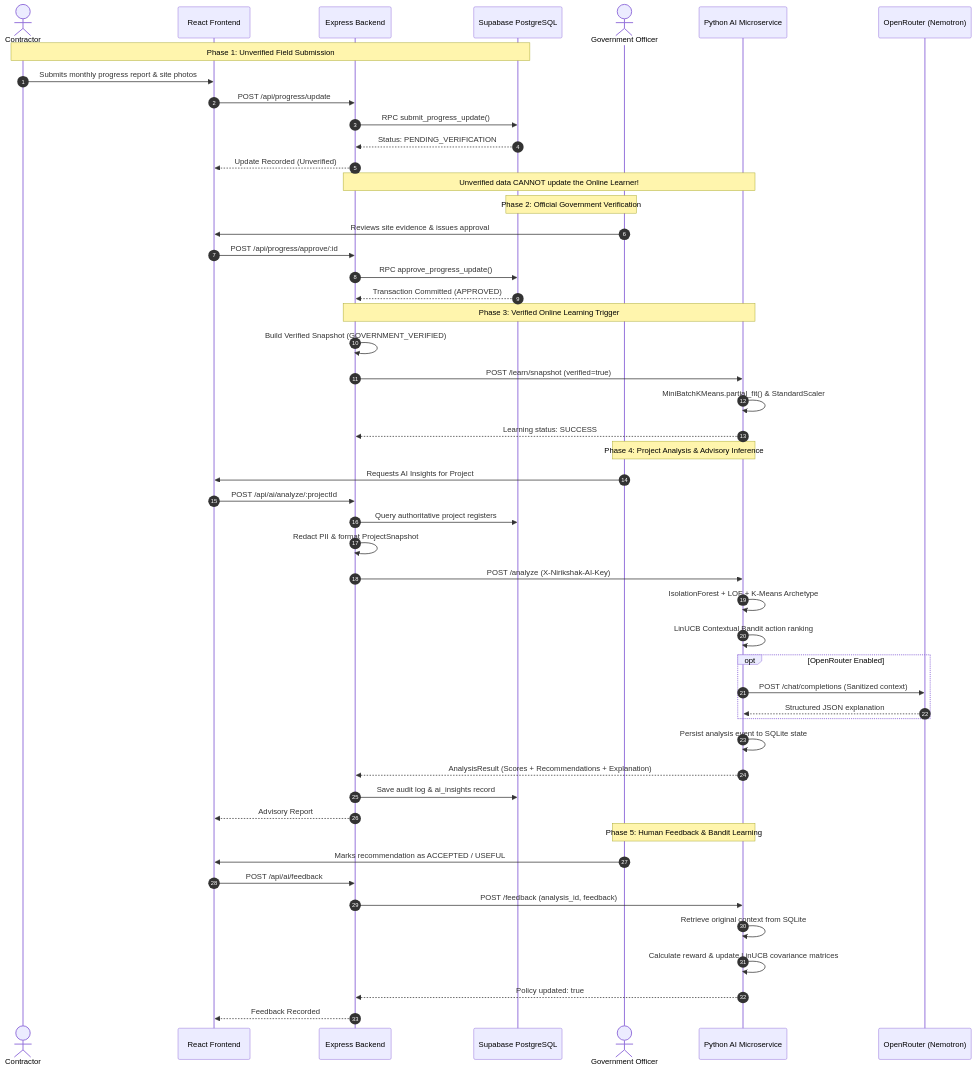
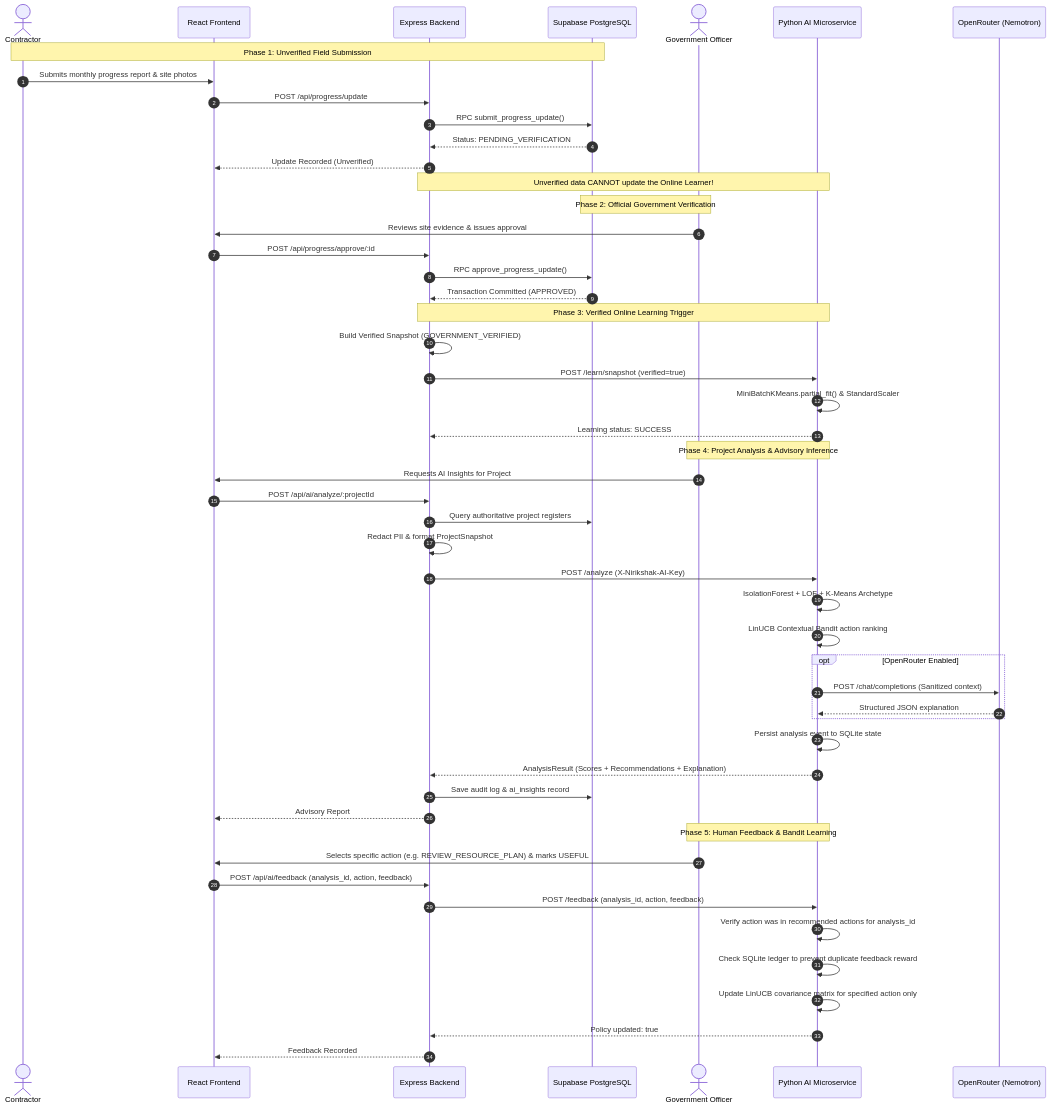
The diagram in docs/AI_DATA_FLOW.md (chinmaystudio/Nirikshak_craaftverse), drawn with Mermaid before and after one commit. The commit also changed 47 other files, not shown here.

````diff
--- a/docs/AI_DATA_FLOW.md
+++ b/docs/AI_DATA_FLOW.md
@@ -12,57 +12,58 @@
 ```mermaid
 sequenceDiagram
     autonumber
     actor C as Contractor
     participant FE as React Frontend
     participant EX as Express Backend
     participant DB as Supabase PostgreSQL
     actor G as Government Officer
     participant AI as Python AI Microservice
     participant OR as OpenRouter (Nemotron)
 
     Note over C,DB: Phase 1: Unverified Field Submission
     C->>FE: Submits monthly progress report & site photos
     FE->>EX: POST /api/progress/update
     EX->>DB: RPC submit_progress_update()
     DB-->>EX: Status: PENDING_VERIFICATION
     EX-->>FE: Update Recorded (Unverified)
     Note over EX,AI: Unverified data CANNOT update the Online Learner!
 
     Note over G,DB: Phase 2: Official Government Verification
     G->>FE: Reviews site evidence & issues approval
     FE->>EX: POST /api/progress/approve/:id
     EX->>DB: RPC approve_progress_update()
     DB-->>EX: Transaction Committed (APPROVED)
 
     Note over EX,AI: Phase 3: Verified Online Learning Trigger
     EX->>EX: Build Verified Snapshot (GOVERNMENT_VERIFIED)
     EX->>AI: POST /learn/snapshot (verified=true)
     AI->>AI: MiniBatchKMeans.partial_fit() & StandardScaler
     AI-->>EX: Learning status: SUCCESS
 
     Note over G,AI: Phase 4: Project Analysis & Advisory Inference
     G->>FE: Requests AI Insights for Project
     FE->>EX: POST /api/ai/analyze/:projectId
     EX->>DB: Query authoritative project registers
     EX->>EX: Redact PII & format ProjectSnapshot
     EX->>AI: POST /analyze (X-Nirikshak-AI-Key)
     AI->>AI: IsolationForest + LOF + K-Means Archetype
     AI->>AI: LinUCB Contextual Bandit action ranking
     opt OpenRouter Enabled
         AI->>OR: POST /chat/completions (Sanitized context)
         OR-->>AI: Structured JSON explanation
     end
     AI->>AI: Persist analysis event to SQLite state
     AI-->>EX: AnalysisResult (Scores + Recommendations + Explanation)
     EX->>DB: Save audit log & ai_insights record
     EX-->>FE: Advisory Report
 
     Note over G,AI: Phase 5: Human Feedback & Bandit Learning
-    G->>FE: Marks recommendation as ACCEPTED / USEFUL
-    FE->>EX: POST /api/ai/feedback
-    EX->>AI: POST /feedback (analysis_id, feedback)
-    AI->>AI: Retrieve original context from SQLite
-    AI->>AI: Calculate reward & update LinUCB covariance matrices
+    G->>FE: Selects specific action (e.g. REVIEW_RESOURCE_PLAN) & marks USEFUL
+    FE->>EX: POST /api/ai/feedback (analysis_id, action, feedback)
+    EX->>AI: POST /feedback (analysis_id, action, feedback)
+    AI->>AI: Verify action was in recommended actions for analysis_id
+    AI->>AI: Check SQLite ledger to prevent duplicate feedback reward
+    AI->>AI: Update LinUCB covariance matrix for specified action only
     AI-->>EX: Policy updated: true
     EX-->>FE: Feedback Recorded
 ```
````
